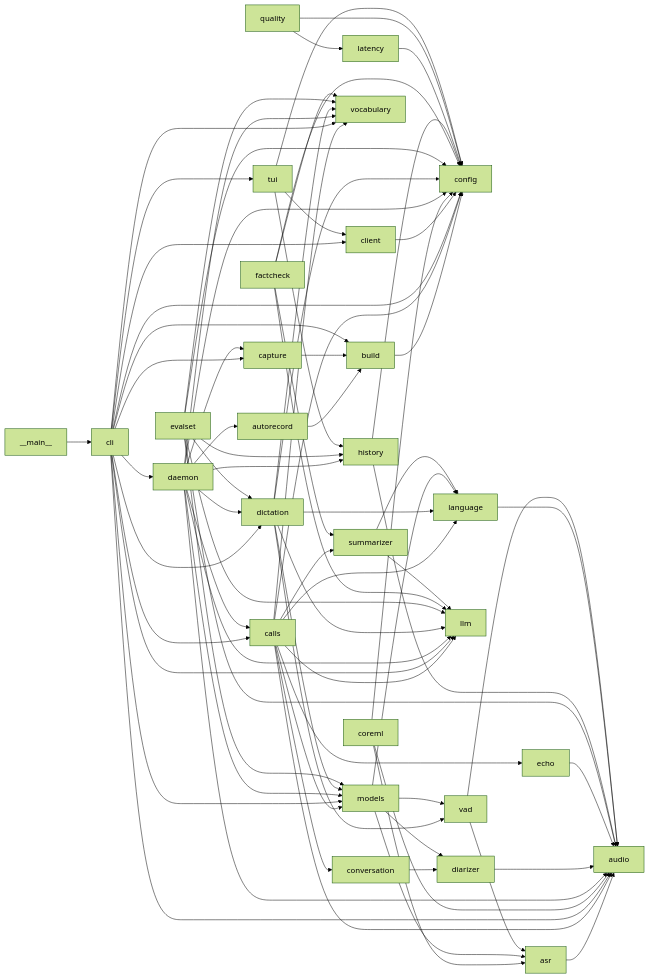
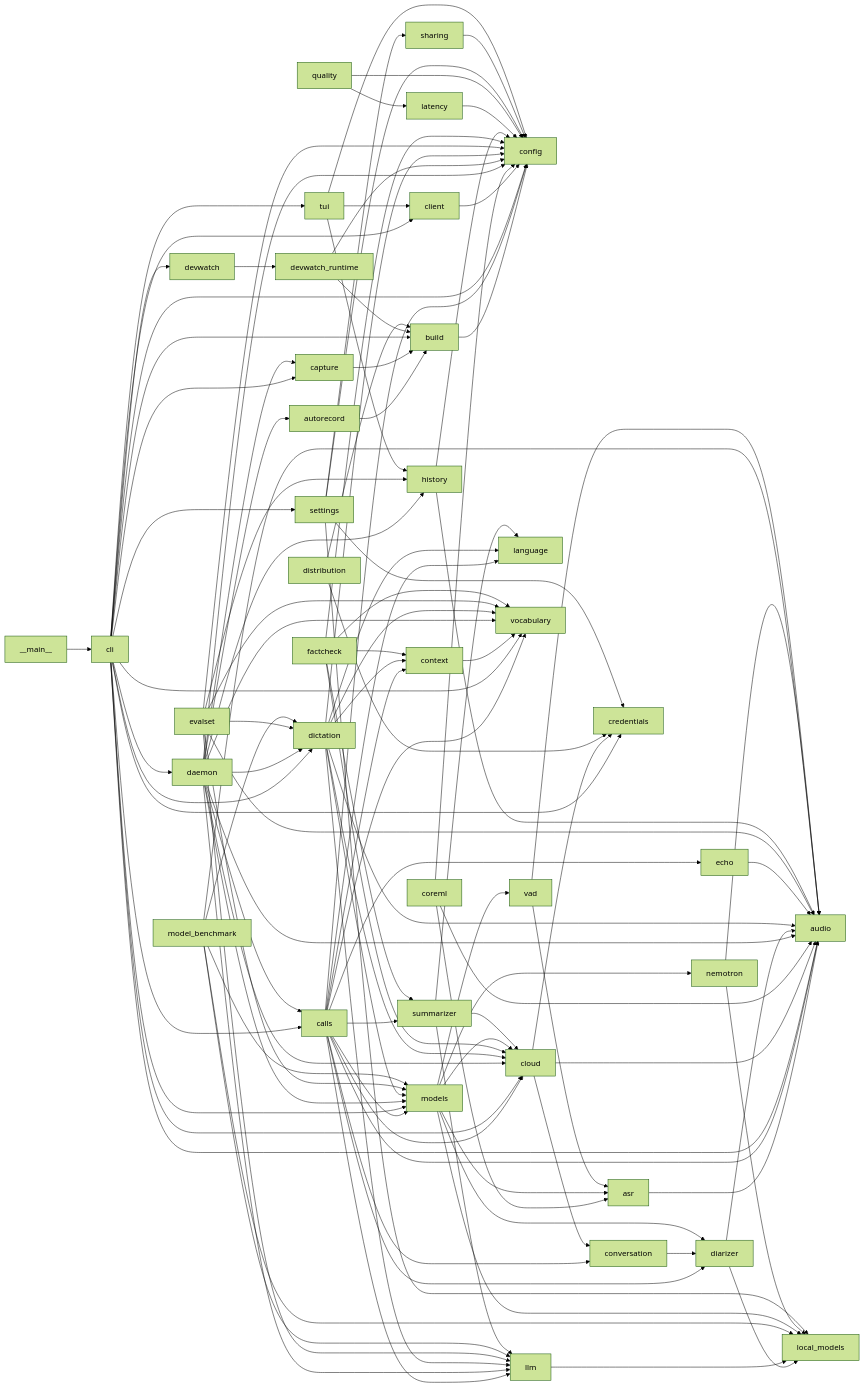
One commit to chudinovAI/wav2sum changed the diagram in ARCHITECTURE.md. Above: the diagram before and after it, drawn with Mermaid (forest theme). The commit also changed other lines of this file and 86 other files, not shown here.

Commit message:
Implement local and cloud workflows with safe development reload

```diff
--- a/ARCHITECTURE.md
+++ b/ARCHITECTURE.md
@@ -15,8 +17,11 @@
   autorecord --> build
   build --> config
   calls --> audio
+  calls --> cloud
   calls --> config
+  calls --> context
   calls --> conversation
+  calls --> diarizer
   calls --> echo
   calls --> language
   calls --> llm
@@ -29,14 +34,21 @@
   cli --> calls
   cli --> capture
   cli --> client
+  cli --> cloud
   cli --> config
+  cli --> credentials
   cli --> daemon
+  cli --> devwatch
   cli --> dictation
-  cli --> llm
   cli --> models
+  cli --> settings
   cli --> tui
   cli --> vocabulary
   client --> config
+  cloud --> audio
+  cloud --> conversation
+  cloud --> credentials
+  context --> vocabulary
   conversation --> diarizer
   coreml --> asr
   coreml --> audio
@@ -45,19 +57,28 @@
   daemon --> autorecord
   daemon --> calls
   daemon --> capture
+  daemon --> cloud
   daemon --> config
   daemon --> dictation
   daemon --> history
   daemon --> llm
   daemon --> models
   daemon --> vocabulary
+  devwatch --> devwatch_runtime
+  devwatch_runtime --> build
+  devwatch_runtime --> config
   diarizer --> audio
+  diarizer --> local_models
+  dictation --> audio
+  dictation --> cloud
   dictation --> config
+  dictation --> context
   dictation --> language
   dictation --> llm
   dictation --> models
-  dictation --> vad
   dictation --> vocabulary
+  distribution --> build
+  distribution --> credentials
   echo --> audio
   evalset --> audio
   evalset --> config
@@ -66,20 +87,36 @@
   evalset --> llm
   evalset --> models
   evalset --> vocabulary
+  factcheck --> cloud
   factcheck --> config
-  factcheck --> llm
+  factcheck --> context
   factcheck --> summarizer
   factcheck --> vocabulary
   history --> audio
   history --> config
-  language --> audio
   latency --> config
+  llm --> local_models
+  model_benchmark --> audio
+  model_benchmark --> dictation
+  model_benchmark --> llm
+  model_benchmark --> local_models
+  model_benchmark --> models
   models --> asr
+  models --> cloud
   models --> diarizer
-  models --> language
+  models --> local_models
+  models --> nemotron
   models --> vad
+  nemotron --> audio
+  nemotron --> local_models
   quality --> config
   quality --> latency
+  settings --> config
+  settings --> credentials
+  settings --> local_models
+  settings --> sharing
+  sharing --> config
+  summarizer --> cloud
   summarizer --> language
   summarizer --> llm
   tui --> client
```
